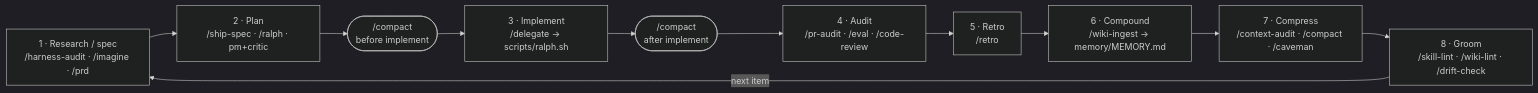
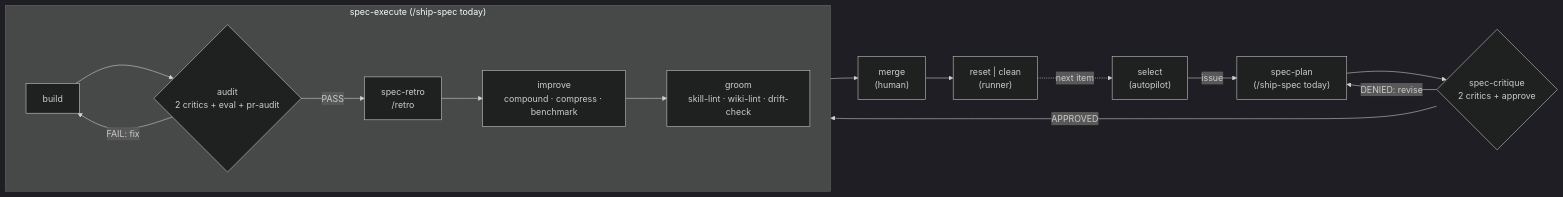
Before and after one commit to mifunedev/openharness: the diagram in AGENTS.md, drawn with Mermaid (dark theme). The commit also changed other lines of this file and 3 other files, not shown here.

````diff
--- a/AGENTS.md
+++ b/AGENTS.md
@@ -132,11 +135,18 @@
 ```mermaid
 flowchart LR
-    R["1 · Research / spec<br/>/harness-audit · /imagine · /prd"] --> P["2 · Plan<br/>/ship-spec · /ralph · pm+critic"]
-    P --> CB(["/compact<br/>before implement"]) --> I["3 · Implement<br/>/delegate → scripts/ralph.sh"]
-    I --> CA(["/compact<br/>after implement"]) --> A["4 · Audit<br/>/pr-audit · /eval · /code-review"]
-    A --> RE["5 · Retro<br/>/retro"]
-    RE --> C["6 · Compound<br/>/wiki-ingest → memory/MEMORY.md"]
-    C --> Z["7 · Compress<br/>/context-audit · /compact · /caveman"]
-    Z --> G["8 · Groom<br/>/skill-lint · /wiki-lint · /drift-check"]
-    G -->|next item| R
+    SEL["select<br/>(autopilot)"] -->|issue| PLAN["spec-plan<br/>(/ship-spec today)"]
+    PLAN --> CRIT{"spec-critique<br/>2 critics + approve"}
+    CRIT -->|DENIED: revise| PLAN
+    CRIT -->|APPROVED| BUILD["build"]
+    subgraph EXEC["spec-execute (/ship-spec today)"]
+        direction LR
+        BUILD --> AUDIT{"audit<br/>2 critics + eval + pr-audit"}
+        AUDIT -->|FAIL: fix| BUILD
+        AUDIT -->|PASS| SRETRO["spec-retro<br/>/retro"]
+        SRETRO --> IMPROVE["improve<br/>compound · compress · benchmark"]
+        IMPROVE --> GROOM["groom<br/>skill-lint · wiki-lint · drift-check"]
+    end
+    GROOM --> MERGE["merge<br/>(human)"]
+    MERGE --> RESET["reset | clean<br/>(runner)"]
+    RESET -.->|next item| SEL
 ```
````
